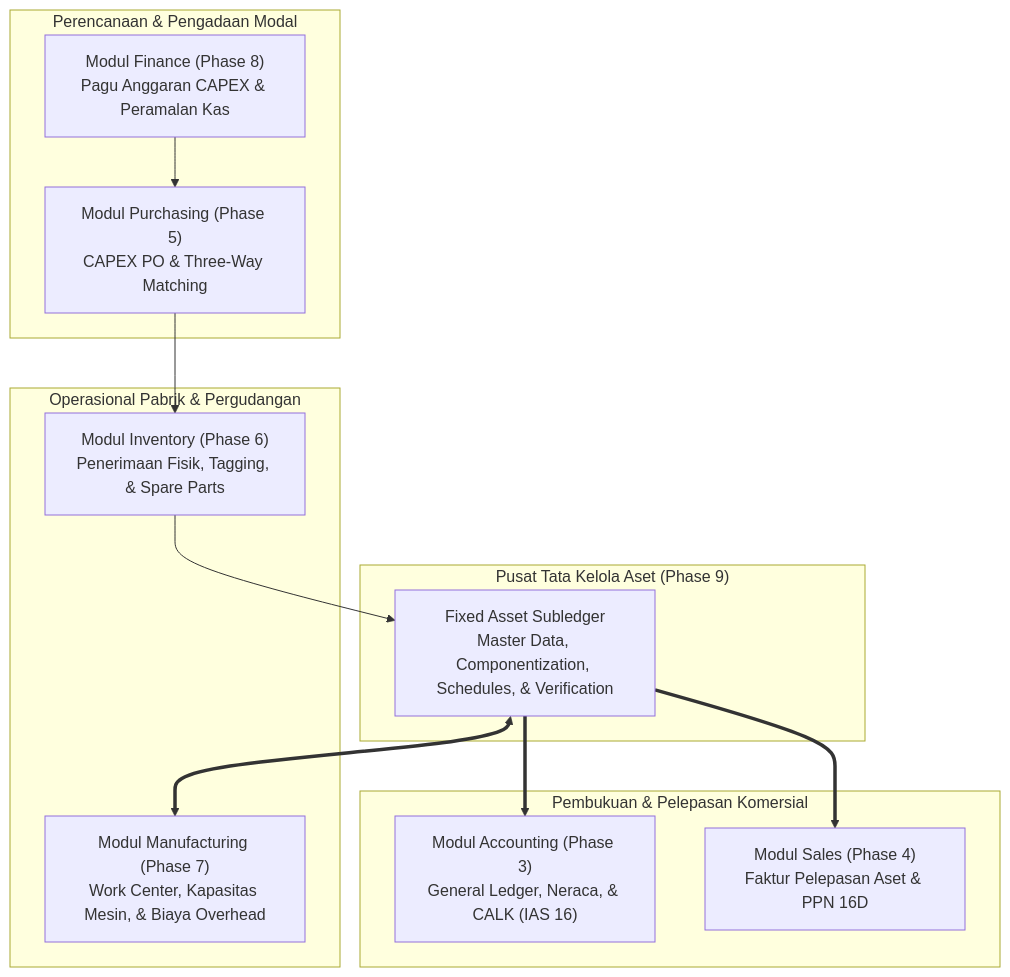
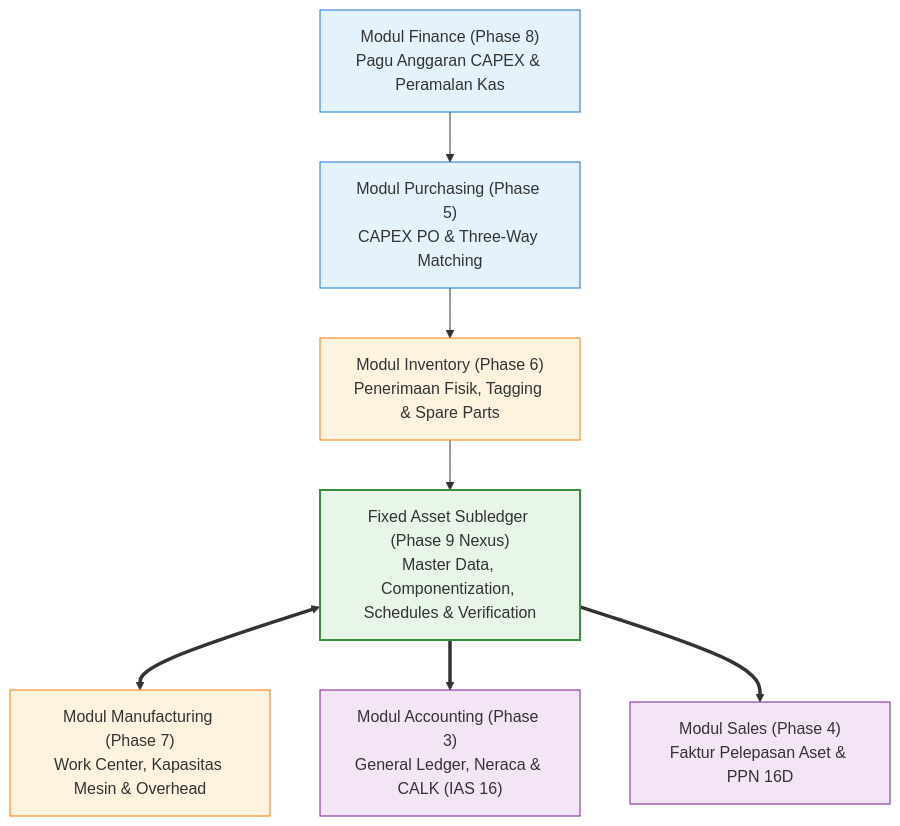
Before and after one commit to alimurrofid/erp-notes: the first of 2 diagrams in content/08-assets/fixed-assets-integration.md, drawn with Mermaid. The commit also changed 58 other files, not shown here.

Commit message:
fix(content):Mermaid Subgraph

````diff
--- a/content/08-assets/fixed-assets-integration.md
+++ b/content/08-assets/fixed-assets-integration.md
@@ -9,28 +9,30 @@
 ```mermaid
 flowchart TD
-    subgraph Upstream["Perencanaan & Pengadaan Modal"]
-        Fin["Modul Finance (Phase 8)<br/>Pagu Anggaran CAPEX & Peramalan Kas"]
-        Pur["Modul Purchasing (Phase 5)<br/>CAPEX PO & Three-Way Matching"]
-    end
+    Fin["Modul Finance (Phase 8)<br/>Pagu Anggaran CAPEX & Peramalan Kas"]
+    Pur["Modul Purchasing (Phase 5)<br/>CAPEX PO & Three-Way Matching"]
 
-    subgraph Operations["Operasional Pabrik & Pergudangan"]
-        Inv["Modul Inventory (Phase 6)<br/>Penerimaan Fisik, Tagging, & Spare Parts"]
-        Prod["Modul Manufacturing (Phase 7)<br/>Work Center, Kapasitas Mesin, & Biaya Overhead"]
-    end
+    Inv["Modul Inventory (Phase 6)<br/>Penerimaan Fisik, Tagging & Spare Parts"]
+    Prod["Modul Manufacturing (Phase 7)<br/>Work Center, Kapasitas Mesin & Overhead"]
 
-    subgraph Core["Pusat Tata Kelola Aset (Phase 9)"]
-        FA["Fixed Asset Subledger<br/>Master Data, Componentization, Schedules, & Verification"]
-    end
+    FA["Fixed Asset Subledger (Phase 9 Nexus)<br/>Master Data, Componentization, Schedules & Verification"]
 
-    subgraph Downstream["Pembukuan & Pelepasan Komersial"]
-        GL["Modul Accounting (Phase 3)<br/>General Ledger, Neraca, & CALK (IAS 16)"]
-        Sales["Modul Sales (Phase 4)<br/>Faktur Pelepasan Aset & PPN 16D"]
-    end
+    GL["Modul Accounting (Phase 3)<br/>General Ledger, Neraca & CALK (IAS 16)"]
+    Sales["Modul Sales (Phase 4)<br/>Faktur Pelepasan Aset & PPN 16D"]
 
     Fin --> Pur
     Pur --> Inv
     Inv --> FA
     FA <==> Prod
     FA ==> GL
     FA ==> Sales
+
+    classDef upstream fill:#e3f2fd,stroke:#1976d2,stroke-width:1px;
+    classDef ops fill:#fff3e0,stroke:#f57c00,stroke-width:1px;
+    classDef core fill:#e8f5e9,stroke:#388e3c,stroke-width:2px;
+    classDef downstream fill:#f3e5f5,stroke:#7b1fa2,stroke-width:1px;
+
+    class Fin,Pur upstream;
+    class Inv,Prod ops;
+    class FA core;
+    class GL,Sales downstream;
 ```
````
